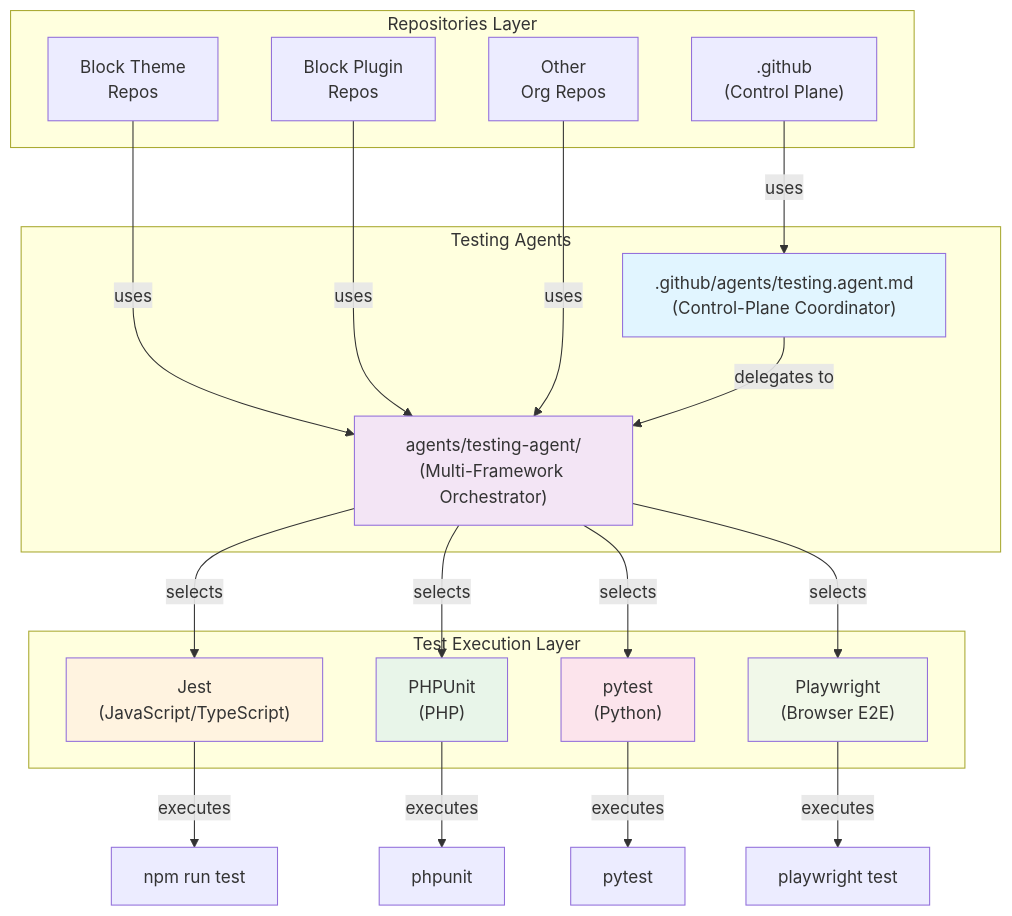
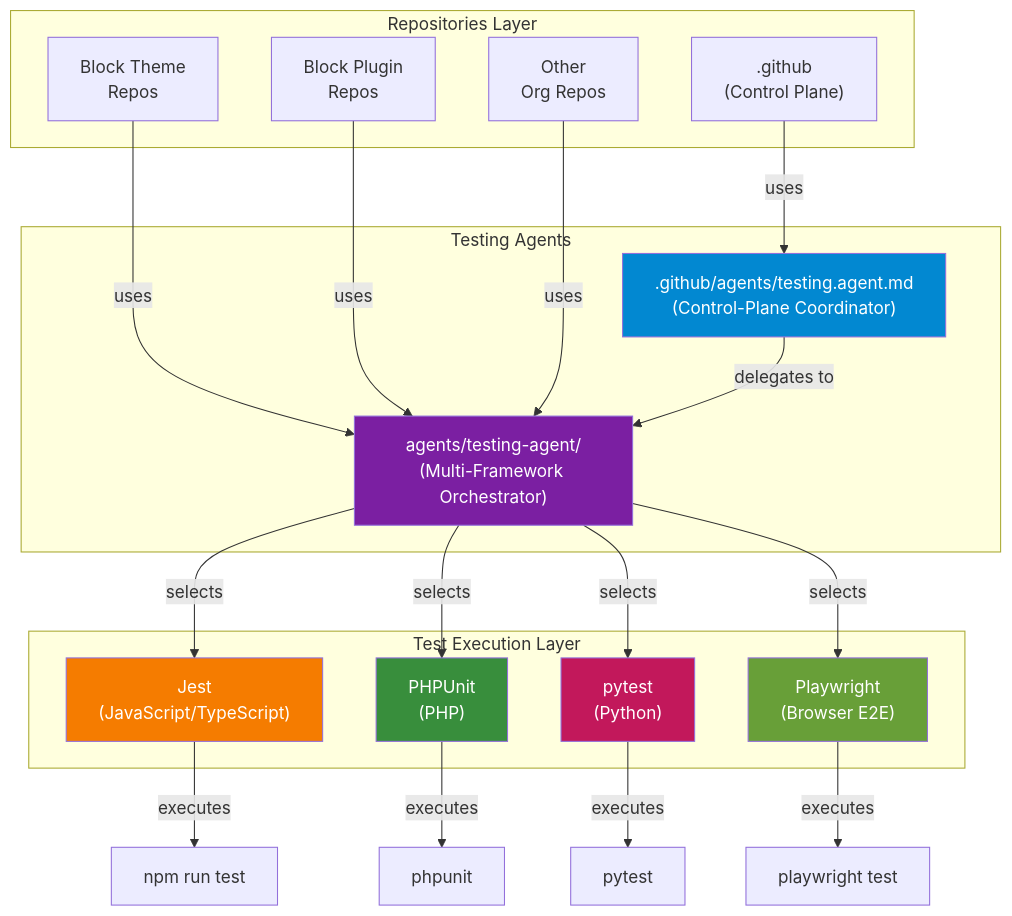
Before and after one commit to lightspeedwp/.github: the first of 8 diagrams in .github/projects/active/testing-agent-multi-framework-2026-08-12/ARCHITECTURE_DIAGRAMS.md, drawn with Mermaid. The commit also changed other lines of this file, not shown here.

Commit message:
fix: Update Mermaid diagram colors for WCAG contrast compliance

````diff
--- a/.github/projects/active/testing-agent-multi-framework-2026-08-12/ARCHITECTURE_DIAGRAMS.md
+++ b/.github/projects/active/testing-agent-multi-framework-2026-08-12/ARCHITECTURE_DIAGRAMS.md
@@ -11,45 +11,45 @@
 ```mermaid
 graph TB
     subgraph Repos["Repositories Layer"]
         GH[".github<br/>(Control Plane)"]
         BT["Block Theme<br/>Repos"]
         BP["Block Plugin<br/>Repos"]
         Other["Other<br/>Org Repos"]
     end
 
     subgraph Agents["Testing Agents"]
         GHAGENT[".github/agents/testing.agent.md<br/>(Control-Plane Coordinator)"]
         ORGAGENT["agents/testing-agent/<br/>(Multi-Framework Orchestrator)"]
     end
 
     subgraph Frameworks["Test Execution Layer"]
         Jest["Jest<br/>(JavaScript/TypeScript)"]
         PHPUnit["PHPUnit<br/>(PHP)"]
         pytest["pytest<br/>(Python)"]
         Playwright["Playwright<br/>(Browser E2E)"]
     end
 
     GH -->|uses| GHAGENT
     BT -->|uses| ORGAGENT
     BP -->|uses| ORGAGENT
     Other -->|uses| ORGAGENT
 
     GHAGENT -->|delegates to| ORGAGENT
 
     ORGAGENT -->|selects| Jest
     ORGAGENT -->|selects| PHPUnit
     ORGAGENT -->|selects| pytest
     ORGAGENT -->|selects| Playwright
 
     Jest -->|executes| JSExecution["npm run test"]
     PHPUnit -->|executes| PHPExecution["phpunit"]
     pytest -->|executes| PYExecution["pytest"]
     Playwright -->|executes| PWExecution["playwright test"]
 
-    style GHAGENT fill:#e1f5ff
-    style ORGAGENT fill:#f3e5f5
-    style Jest fill:#fff3e0
-    style PHPUnit fill:#e8f5e9
-    style pytest fill:#fce4ec
-    style Playwright fill:#f1f8e9
+    style GHAGENT fill:#0288d1,color:#fff
+    style ORGAGENT fill:#7b1fa2,color:#fff
+    style Jest fill:#f57c00,color:#fff
+    style PHPUnit fill:#388e3c,color:#fff
+    style pytest fill:#c2185b,color:#fff
+    style Playwright fill:#689f38,color:#fff
 ```
````
